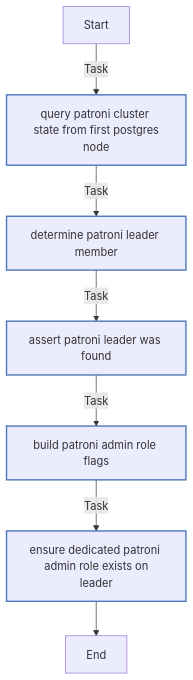
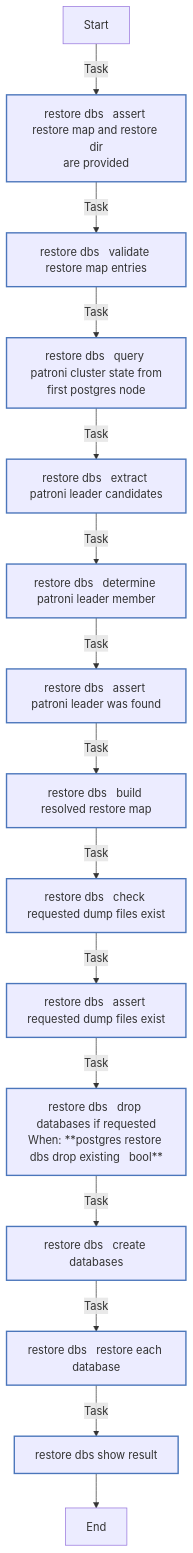
Before and after one commit to Lebowski89/homelab: the ninth of 9 diagrams in ansible/roles/postgres/README.md, drawn with Mermaid. The commit also changed other lines of this file and 16 other files, not shown here.

Commit message:
refactor(postgres): overhaul cluster role tasks

````diff
--- a/ansible/roles/postgres/README.md
+++ b/ansible/roles/postgres/README.md
@@ -223,19 +434,27 @@
 ```mermaid
 flowchart TD
 Start
 classDef block stroke:#3498db,stroke-width:2px;
 classDef task stroke:#4b76bb,stroke-width:2px;
 classDef includeTasks stroke:#16a085,stroke-width:2px;
 classDef importTasks stroke:#34495e,stroke-width:2px;
 classDef includeRole stroke:#2980b9,stroke-width:2px;
 classDef importRole stroke:#699ba7,stroke-width:2px;
 classDef includeVars stroke:#8e44ad,stroke-width:2px;
 classDef rescue stroke:#665352,stroke-width:2px;
 
-  Start-->|Task| Query_Patroni_cluster_state_from_first_postgres_node0[query patroni cluster state from first postgres<br>node]:::task
-  Query_Patroni_cluster_state_from_first_postgres_node0-->|Task| Determine_Patroni_leader_member1[determine patroni leader member]:::task
-  Determine_Patroni_leader_member1-->|Task| Assert_Patroni_leader_was_found2[assert patroni leader was found]:::task
-  Assert_Patroni_leader_was_found2-->|Task| Build_Patroni_admin_role_flags3[build patroni admin role flags]:::task
-  Build_Patroni_admin_role_flags3-->|Task| Ensure_dedicated_Patroni_admin_role_exists_on_leader4[ensure dedicated patroni admin role exists on<br>leader]:::task
-  Ensure_dedicated_Patroni_admin_role_exists_on_leader4-->End
+  Start-->|Task| Restore_DBs___Assert_restore_map_and_restore_dir_are_provided0[restore dbs   assert restore map and restore dir<br>are provided]:::task
+  Restore_DBs___Assert_restore_map_and_restore_dir_are_provided0-->|Task| Restore_DBs___Validate_restore_map_entries1[restore dbs   validate restore map entries]:::task
+  Restore_DBs___Validate_restore_map_entries1-->|Task| Restore_DBs___Query_Patroni_cluster_state_from_first_postgres_node2[restore dbs   query patroni cluster state from<br>first postgres node]:::task
+  Restore_DBs___Query_Patroni_cluster_state_from_first_postgres_node2-->|Task| Restore_DBs___Extract_Patroni_leader_candidates3[restore dbs   extract patroni leader candidates]:::task
+  Restore_DBs___Extract_Patroni_leader_candidates3-->|Task| Restore_DBs___Determine_Patroni_leader_member4[restore dbs   determine patroni leader member]:::task
+  Restore_DBs___Determine_Patroni_leader_member4-->|Task| Restore_DBs___Assert_Patroni_leader_was_found5[restore dbs   assert patroni leader was found]:::task
+  Restore_DBs___Assert_Patroni_leader_was_found5-->|Task| Restore_DBs___Build_resolved_restore_map6[restore dbs   build resolved restore map]:::task
+  Restore_DBs___Build_resolved_restore_map6-->|Task| Restore_DBs___Check_requested_dump_files_exist7[restore dbs   check requested dump files exist]:::task
+  Restore_DBs___Check_requested_dump_files_exist7-->|Task| Restore_DBs___Assert_requested_dump_files_exist8[restore dbs   assert requested dump files exist]:::task
+  Restore_DBs___Assert_requested_dump_files_exist8-->|Task| Restore_DBs___Drop_databases_if_requested9[restore dbs   drop databases if requested<br>When: **postgres restore dbs drop existing   bool**]:::task
+  Restore_DBs___Drop_databases_if_requested9-->|Task| Restore_DBs___Create_databases10[restore dbs   create databases]:::task
+  Restore_DBs___Create_databases10-->|Task| Restore_DBs___Restore_each_database11[restore dbs   restore each database]:::task
+  Restore_DBs___Restore_each_database11-->|Task| Restore_DBs___Show_result12[restore dbs   show result]:::task
+  Restore_DBs___Show_result12-->End
 ```
````
